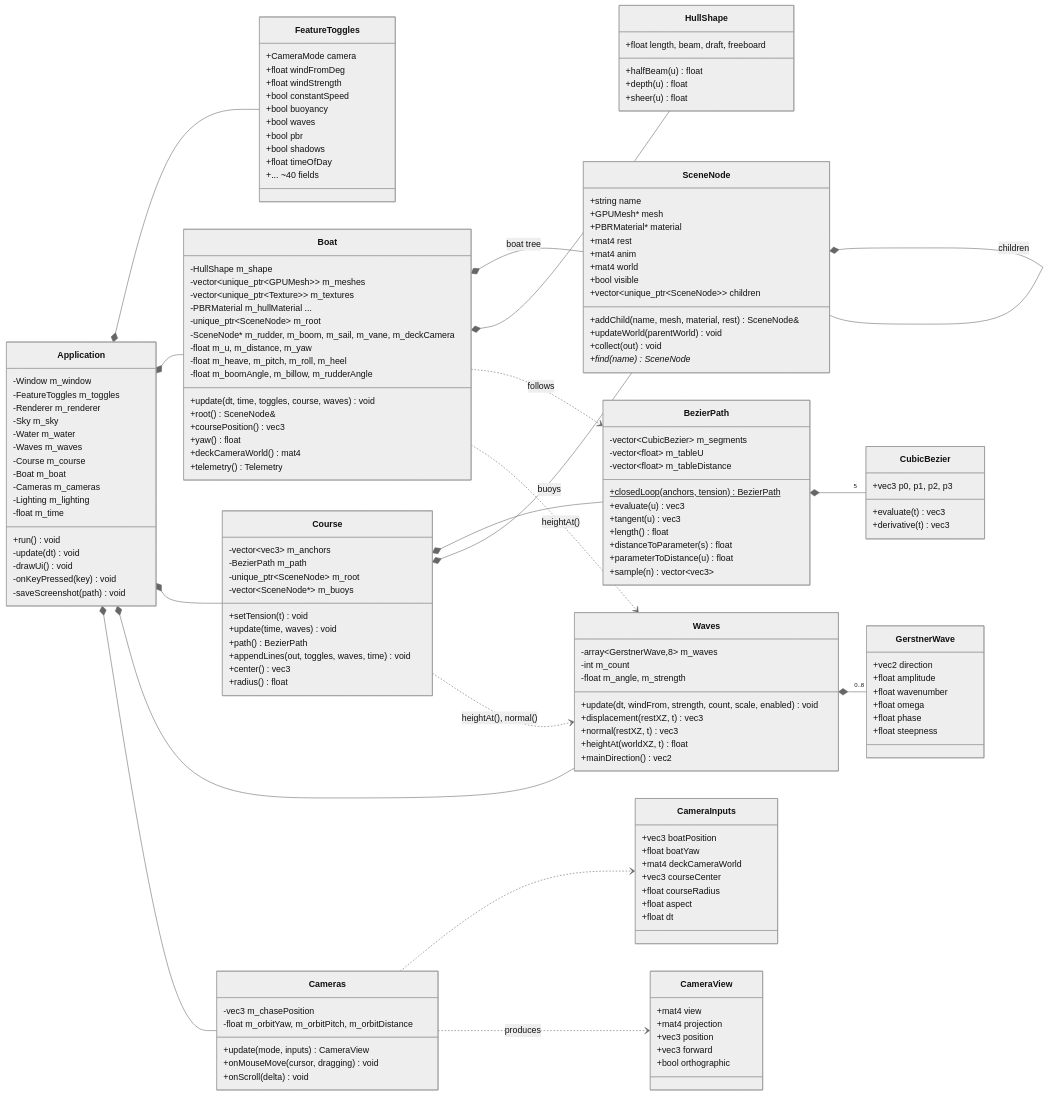
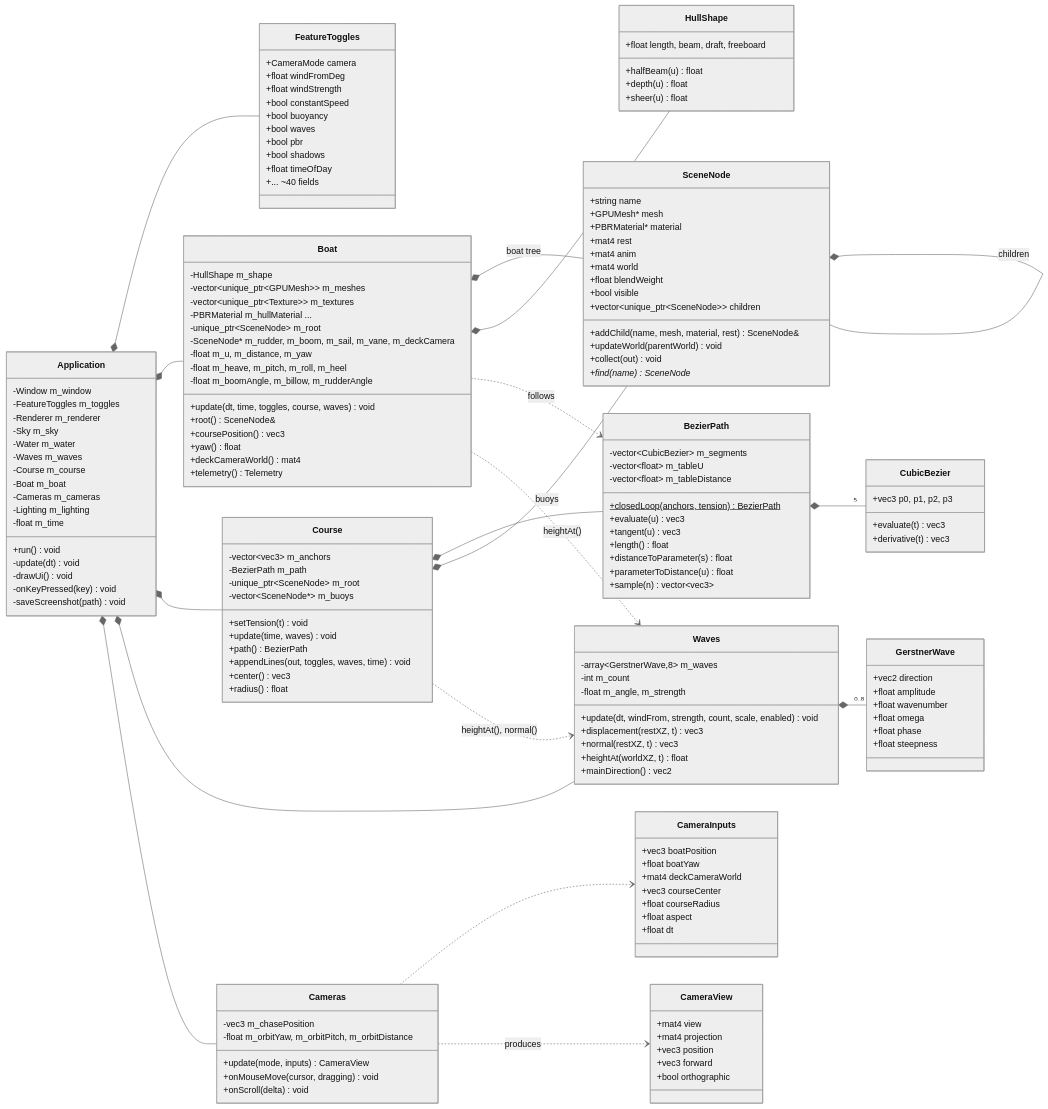
One commit to groundbeeflover/sailboat-tech-demo changed the second of 11 diagrams in docs/ARCHITECTURE.md. Above: the diagram before and after it, drawn with Mermaid (neutral theme). The commit also changed other lines of this file and 13 other files, not shown here.

```diff
--- a/docs/ARCHITECTURE.md
+++ b/docs/ARCHITECTURE.md
@@ -270,6 +272,7 @@
         +mat4 rest
         +mat4 anim
         +mat4 world
+        +float blendWeight
         +bool visible
         +vector~unique_ptr~SceneNode~~ children
         +addChild(name, mesh, material, rest) SceneNode&
```
